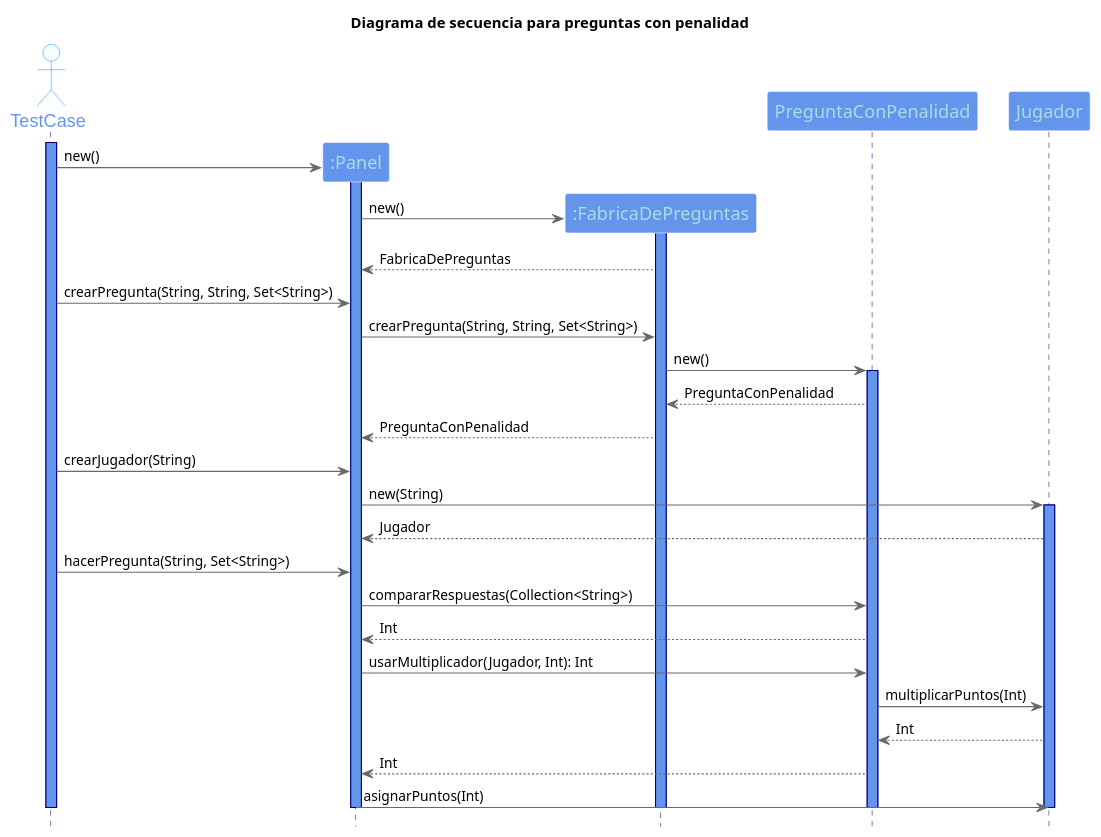
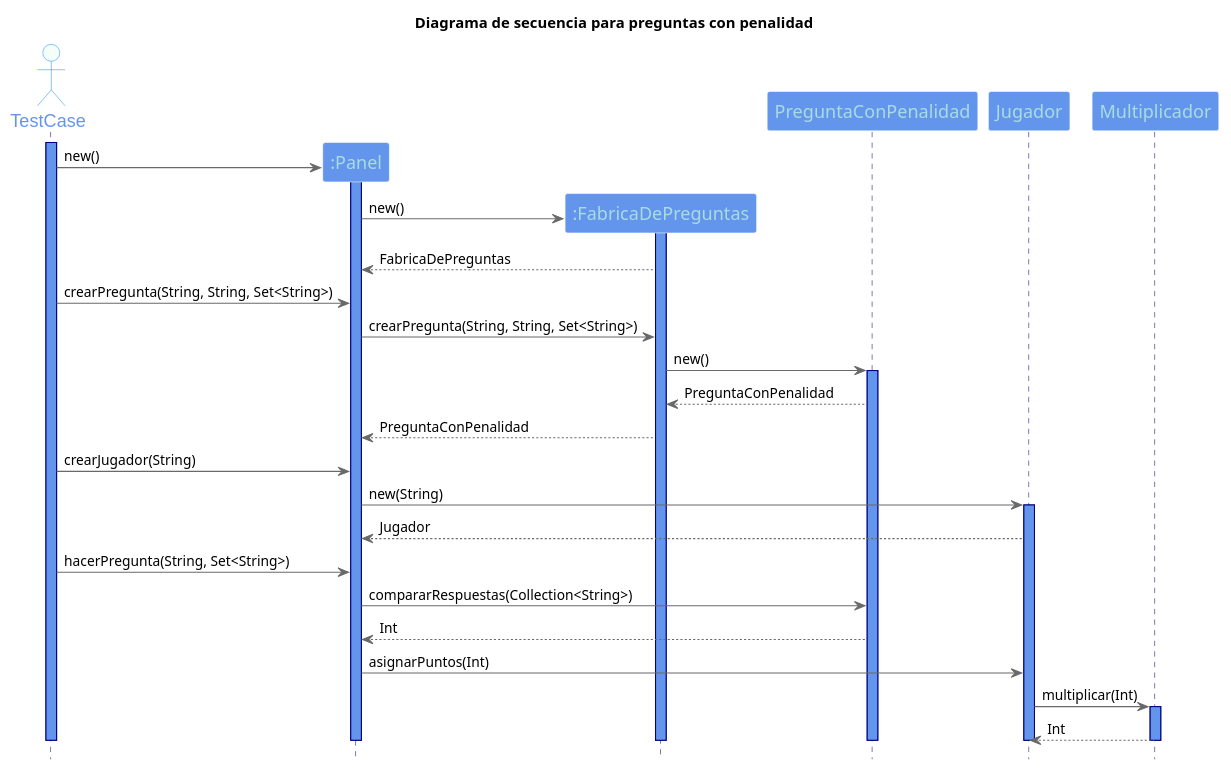
One commit to fvazquezf/TP_2_Algo_3 changed the diagram in UML/Diagramas de secuencia/PreguntaConPenalidad.puml. Above: the diagram before and after it, drawn with PlantUML. The commit also changed 3 other files, not shown here.

Commit message:
Se actualizan los diagramas

```diff
--- a/UML/Diagramas de secuencia/PreguntaConPenalidad.puml
+++ b/UML/Diagramas de secuencia/PreguntaConPenalidad.puml
@@ -1,68 +1,67 @@
 @startuml
 
 title Diagrama de secuencia para preguntas con penalidad
 
 hide footbox
 skinparam backgroundColor white
 
 skinparam sequence {
 ArrowColor DimGray
 ActorBorderColor DodgerBlue
 LifeLineBorderColor Navy
 LifeLineBackgroundColor CornflowerBlue
 ParticipantBorderColor LighSlateGray
 ParticipantBackgroundColor CornflowerBlue
 ParticipantFontName Impact
 ParticipantFontSize 17
 ParticipantFontColor #A9DCDF
 ActorBackgroundColor mintCream
 ActorFontColor CornflowerBlue
 ActorFontSize 17
 ActorFontName Aapex
 }
 
 actor TestCase
 activate TestCase
 
 participant ":Panel" as Panel
 create Panel
 TestCase -> Panel : new()
 activate Panel
 
 participant ":FabricaDePreguntas" as FabricaDePreguntas
 create FabricaDePreguntas
 Panel -> FabricaDePreguntas :  new()
 activate FabricaDePreguntas
 FabricaDePreguntas --> Panel : FabricaDePreguntas
 
 TestCase -> Panel : crearPregunta(String, String, Set<String>)
 
 Panel -> FabricaDePreguntas : crearPregunta(String, String, Set<String>)
 
 FabricaDePreguntas -> PreguntaConPenalidad: new()
 activate PreguntaConPenalidad
 PreguntaConPenalidad --> FabricaDePreguntas: PreguntaConPenalidad
 FabricaDePreguntas --> Panel: PreguntaConPenalidad
 
 TestCase -> Panel: crearJugador(String)
 Panel -> Jugador: new(String)
 activate Jugador
 Jugador --> Panel: Jugador
 
 TestCase -> Panel: hacerPregunta(String, Set<String>)
 Panel -> PreguntaConPenalidad: compararRespuestas(Collection<String>)
 PreguntaConPenalidad --> Panel: Int
-Panel -> PreguntaConPenalidad: usarMultiplicador(Jugador, Int): Int
-PreguntaConPenalidad -> Jugador: multiplicarPuntos(Int)
-Jugador --> PreguntaConPenalidad: Int
-PreguntaConPenalidad --> Panel: Int
 Panel -> Jugador: asignarPuntos(Int)
+Jugador -> Multiplicador: multiplicar(Int)
+activate Multiplicador
+Multiplicador --> Jugador: Int
 
-
+deactivate Multiplicador
 deactivate PreguntaConPenalidad
 deactivate Jugador
 deactivate FabricaDePreguntas
 deactivate Panel
 deactivate TestCase
 
 @enduml
```
